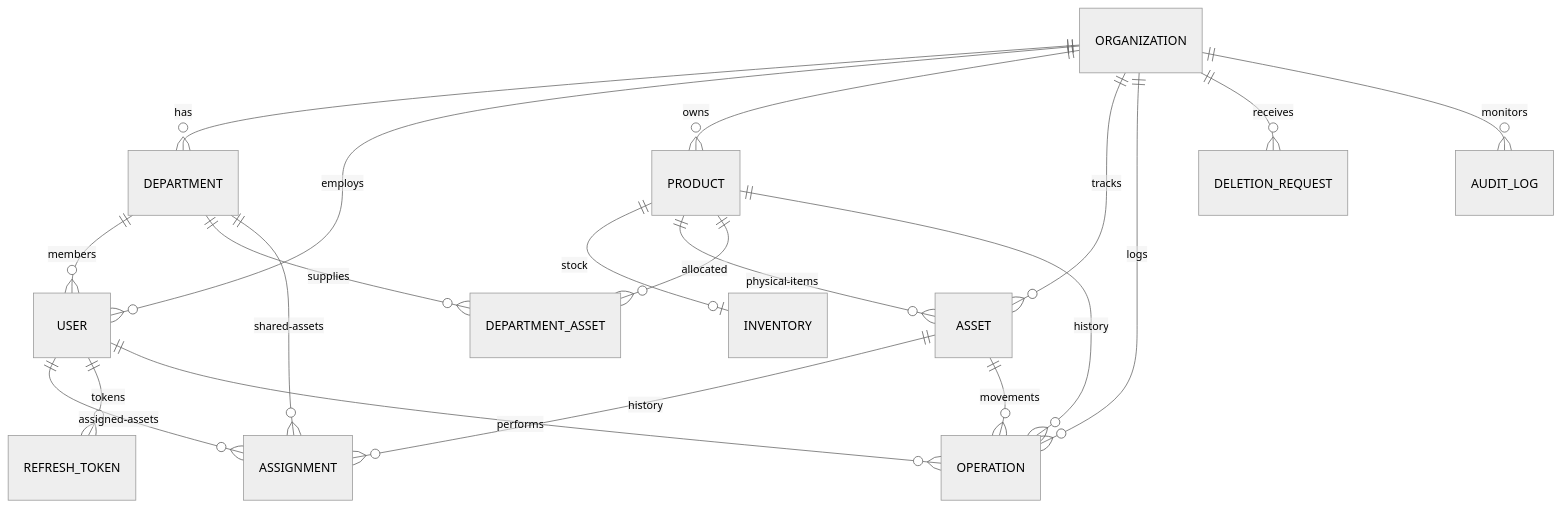
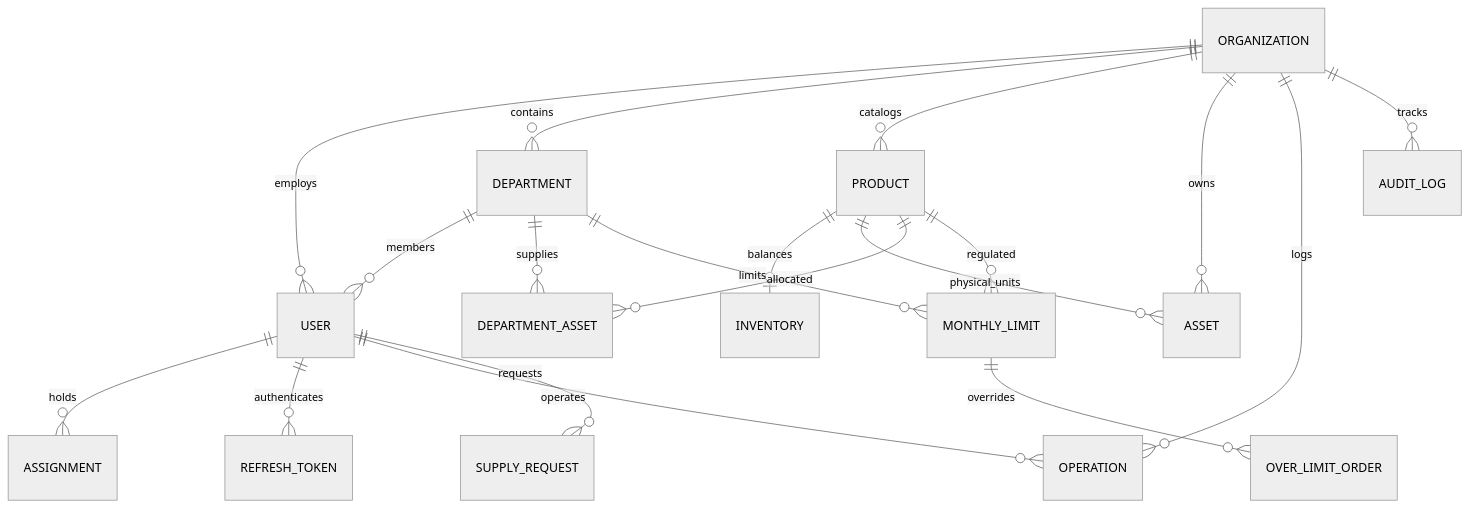
One commit to ahmadillohasanov099-max/wms-platform changed the second of 2 diagrams in README.md. Above: the diagram before and after it, drawn with Mermaid (neutral theme). The commit also changed other lines of this file and 47 other files, not shown here.

````diff
--- a/README.md
+++ b/README.md
@@ -179,26 +165,25 @@
 ```mermaid
 erDiagram
-    ORGANIZATION ||--o{ DEPARTMENT : "has"
-    ORGANIZATION ||--o{ USER : "employs"
-    ORGANIZATION ||--o{ PRODUCT : "owns"
-    ORGANIZATION ||--o{ ASSET : "tracks"
-    ORGANIZATION ||--o{ OPERATION : "logs"
-    ORGANIZATION ||--o{ DELETION_REQUEST : "receives"
-    ORGANIZATION ||--o{ AUDIT_LOG : "monitors"
+    ORGANIZATION ||--o{ USER : employs
+    ORGANIZATION ||--o{ DEPARTMENT : contains
+    ORGANIZATION ||--o{ PRODUCT : catalogs
+    ORGANIZATION ||--o{ ASSET : owns
+    ORGANIZATION ||--o{ OPERATION : logs
+    ORGANIZATION ||--o{ AUDIT_LOG : tracks
 
-    DEPARTMENT ||--o{ USER : "members"
-    DEPARTMENT ||--o{ DEPARTMENT_ASSET : "supplies"
-    DEPARTMENT ||--o{ ASSIGNMENT : "shared-assets"
+    DEPARTMENT ||--o{ USER : members
+    DEPARTMENT ||--o{ DEPARTMENT_ASSET : supplies
+    DEPARTMENT ||--o{ MONTHLY_LIMIT : limits
 
-    USER ||--o{ ASSIGNMENT : "assigned-assets"
-    USER ||--o{ REFRESH_TOKEN : "tokens"
-    USER ||--o{ OPERATION : "performs"
+    USER ||--o{ ASSIGNMENT : holds
+    USER ||--o{ REFRESH_TOKEN : authenticates
+    USER ||--o{ OPERATION : operates
+    USER ||--o{ SUPPLY_REQUEST : requests
 
-    PRODUCT ||--o| INVENTORY : "stock"
-    PRODUCT ||--o{ ASSET : "physical-items"
-    PRODUCT ||--o{ DEPARTMENT_ASSET : "allocated"
-    PRODUCT ||--o{ OPERATION : "history"
+    PRODUCT ||--o| INVENTORY : balances
+    PRODUCT ||--o{ ASSET : physical_units
+    PRODUCT ||--o{ DEPARTMENT_ASSET : allocated
+    PRODUCT ||--o{ MONTHLY_LIMIT : regulated
 
-    ASSET ||--o{ ASSIGNMENT : "history"
-    ASSET ||--o{ OPERATION : "movements"
+    MONTHLY_LIMIT ||--o{ OVER_LIMIT_ORDER : overrides
 ```
````
